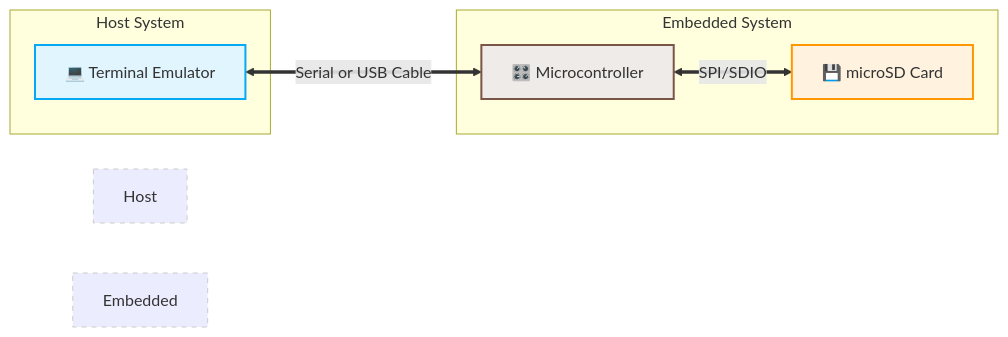
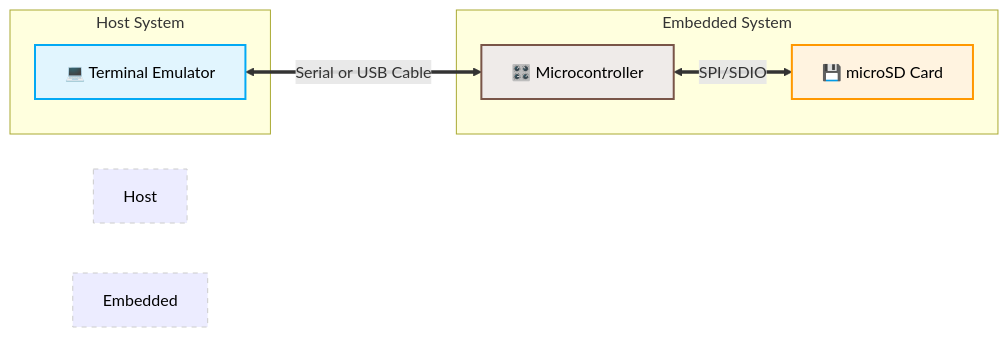
Before and after one commit to bradleyeckert/LiteForth: the first of 2 diagrams in README.md, drawn with Mermaid. The commit also changed other lines of this file, not shown here.

````diff
--- a/README.md
+++ b/README.md
@@ -8,30 +8,30 @@
 ```mermaid
 flowchart LR
     %% Components
     Term[💻 Terminal Emulator]
     MCU[🎛️ Microcontroller]
     SD[💾 microSD Card]
 
     %% Connections
     Term <== Serial or USB Cable ==> MCU
     MCU <== SPI/SDIO ==> SD
 
     %% Subgraphs for visual grouping
     subgraph Host System
         Term
     end
 
     subgraph Embedded System
         MCU
         SD
     end
 
     %% Component Styling
-    style Term fill:#e1f5fe,stroke:#03a9f4,stroke-width:2px
-    style MCU fill:#efebe9,stroke:#795548,stroke-width:2px
-    style SD fill:#fff3e0,stroke:#ff9800,stroke-width:2px
+    style Term fill:#e1f5fe,stroke:#03a9f4,stroke-width:2px,color:#000
+    style MCU fill:#efebe9,stroke:#795548,stroke-width:2px,color:#000
+    style SD fill:#fff3e0,stroke:#ff9800,stroke-width:2px,color:#000
     
     %% Group Styling
-    style Host System fill:none,stroke:#ccc,stroke-dasharray: 5 5
-    style Embedded System fill:none,stroke:#ccc,stroke-dasharray: 5 5
+    style Host System fill:none,stroke:#ccc,stroke-dasharray: 5 5,color:#000
+    style Embedded System fill:none,stroke:#ccc,stroke-dasharray: 5 5,color:#000
 ```
````
